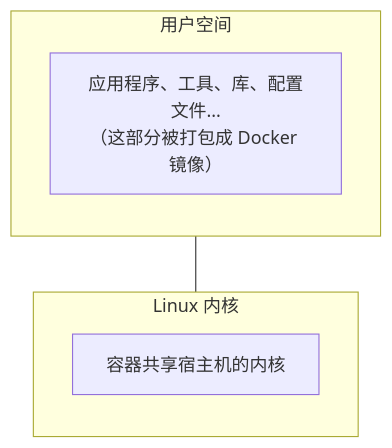
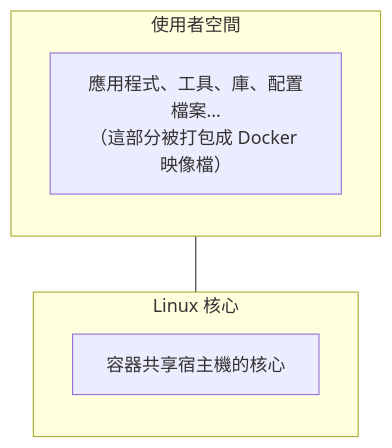
Before and after one commit to alexkuoecity/docker-practice-master-zh-tw: the first of 3 diagrams in 02_basic_concept/2.1_image.md, drawn with Mermaid. The commit also changed other lines of this file and 200 other files, not shown here.

````diff
--- a/02_basic_concept/2.1_image.md
+++ b/02_basic_concept/2.1_image.md
@@ -15,14 +15,14 @@
 ```mermaid
 flowchart TD
-    subgraph UserSpace ["用户空间"]
+    subgraph UserSpace ["使用者空間"]
         direction TB
-        App["应用程序、工具、库、配置文件...<br/>（这部分被打包成 Docker 镜像）"]
+        App["應用程式、工具、庫、配置檔案...<br/>（這部分被打包成 Docker 映像檔）"]
     end
 
-    subgraph KernelSpace ["Linux 内核"]
+    subgraph KernelSpace ["Linux 核心"]
         direction TB
-        Kernel["容器共享宿主机的内核"]
+        Kernel["容器共享宿主機的核心"]
     end
 
     UserSpace --- KernelSpace
 ```
````
